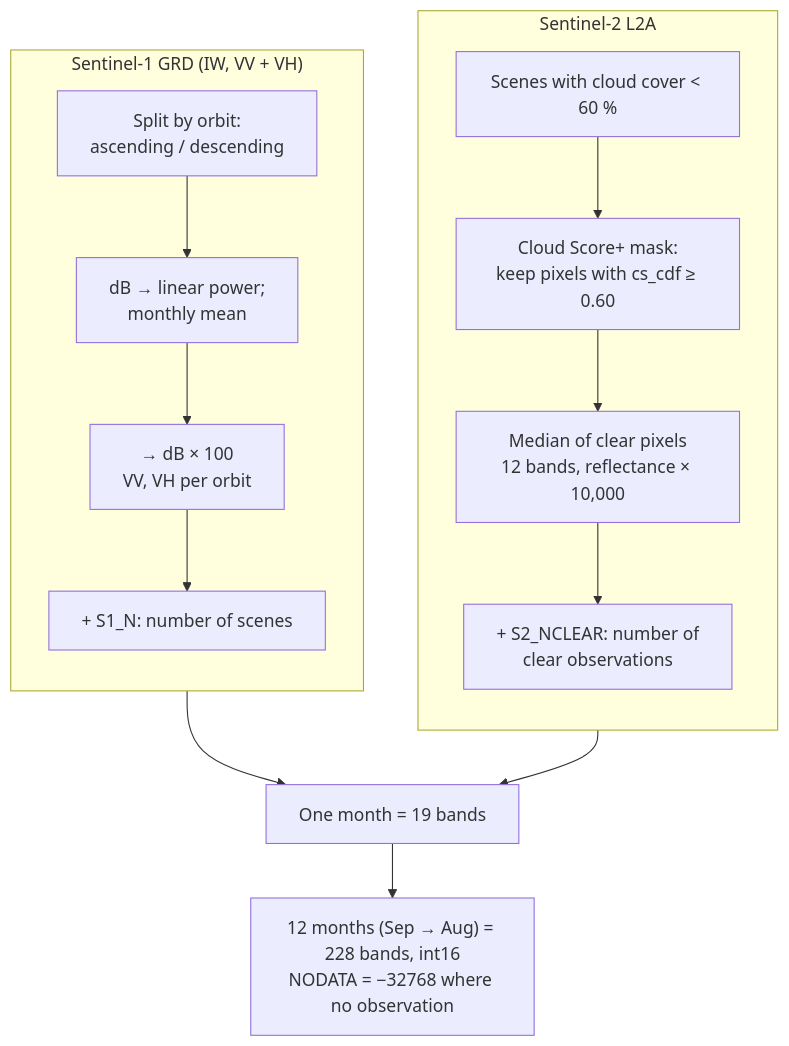
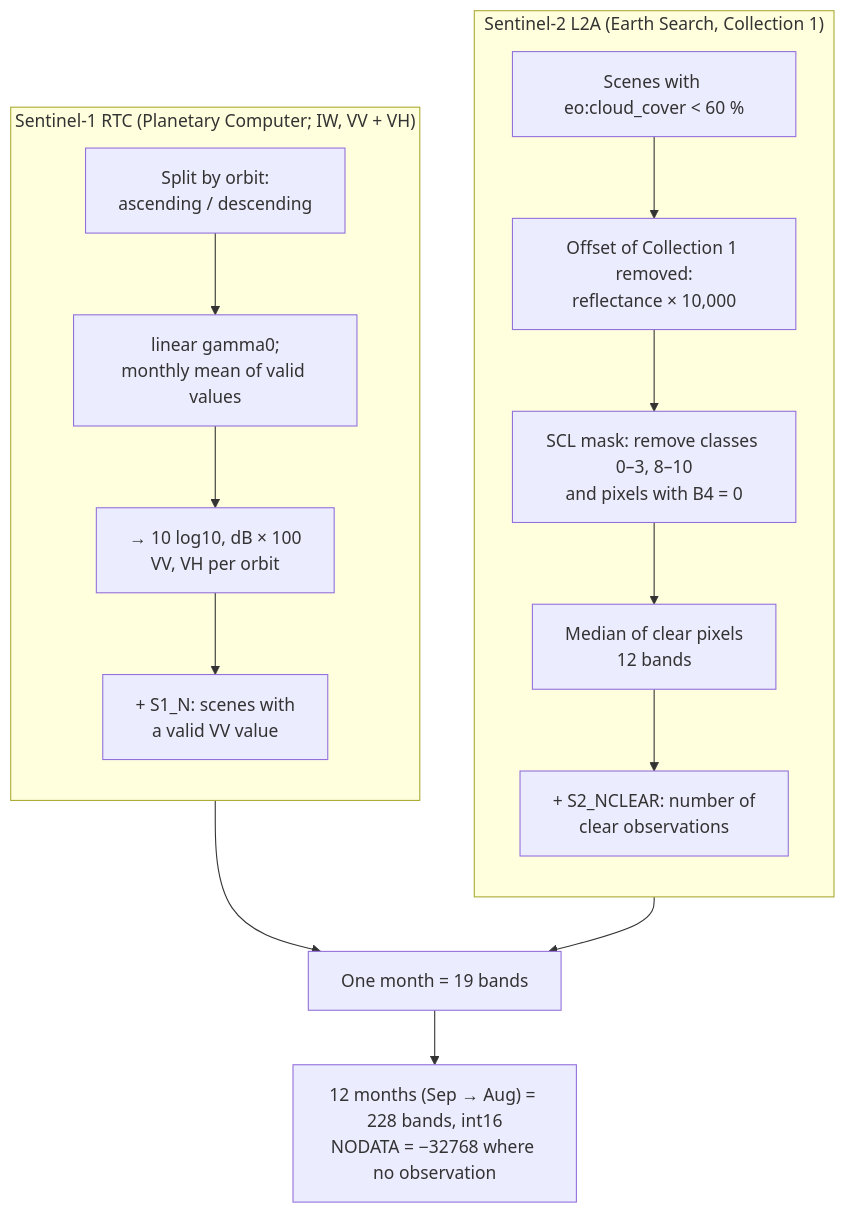
Before and after one commit to amanchry/irrimapping-geofm: the seventh of 10 diagrams in docs/phase1_data/morocco.md, drawn with Mermaid. The commit also changed other lines of this file and 22 other files, not shown here.

````diff
--- a/docs/phase1_data/morocco.md
+++ b/docs/phase1_data/morocco.md
@@ -420,18 +423,19 @@
 ```mermaid
 flowchart TD
-    subgraph S2["Sentinel-2 L2A"]
+    subgraph S2["Sentinel-2 L2A (Earth Search, Collection 1)"]
         direction TB
-        A1["Scenes with cloud cover < 60 %"] --> A2["Cloud Score+ mask:<br/>keep pixels with cs_cdf ≥ 0.60"]
-        A2 --> A3["Median of clear pixels<br/>12 bands, reflectance × 10,000"]
+        A1["Scenes with eo:cloud_cover < 60 %"] --> A2["Offset of Collection 1 removed:<br/>reflectance × 10,000"]
+        A2 --> A5["SCL mask: remove classes 0–3, 8–10<br/>and pixels with B4 = 0"]
+        A5 --> A3["Median of clear pixels<br/>12 bands"]
         A3 --> A4["+ S2_NCLEAR: number of<br/>clear observations"]
     end
-    subgraph S1["Sentinel-1 GRD (IW, VV + VH)"]
+    subgraph S1["Sentinel-1 RTC (Planetary Computer; IW, VV + VH)"]
         direction TB
-        B1["Split by orbit:<br/>ascending / descending"] --> B2["dB → linear power;<br/>monthly mean"]
-        B2 --> B3["→ dB × 100<br/>VV, VH per orbit"]
-        B3 --> B4["+ S1_N: number of scenes"]
+        B1["Split by orbit:<br/>ascending / descending"] --> B2["linear gamma0;<br/>monthly mean of valid values"]
+        B2 --> B3["→ 10 log10, dB × 100<br/>VV, VH per orbit"]
+        B3 --> B4["+ S1_N: scenes with<br/>a valid VV value"]
     end
     A4 --> M["One month = 19 bands"]
     B4 --> M
     M --> Y["12 months (Sep → Aug) = 228 bands, int16<br/>NODATA = −32768 where no observation"]
 ```
````
